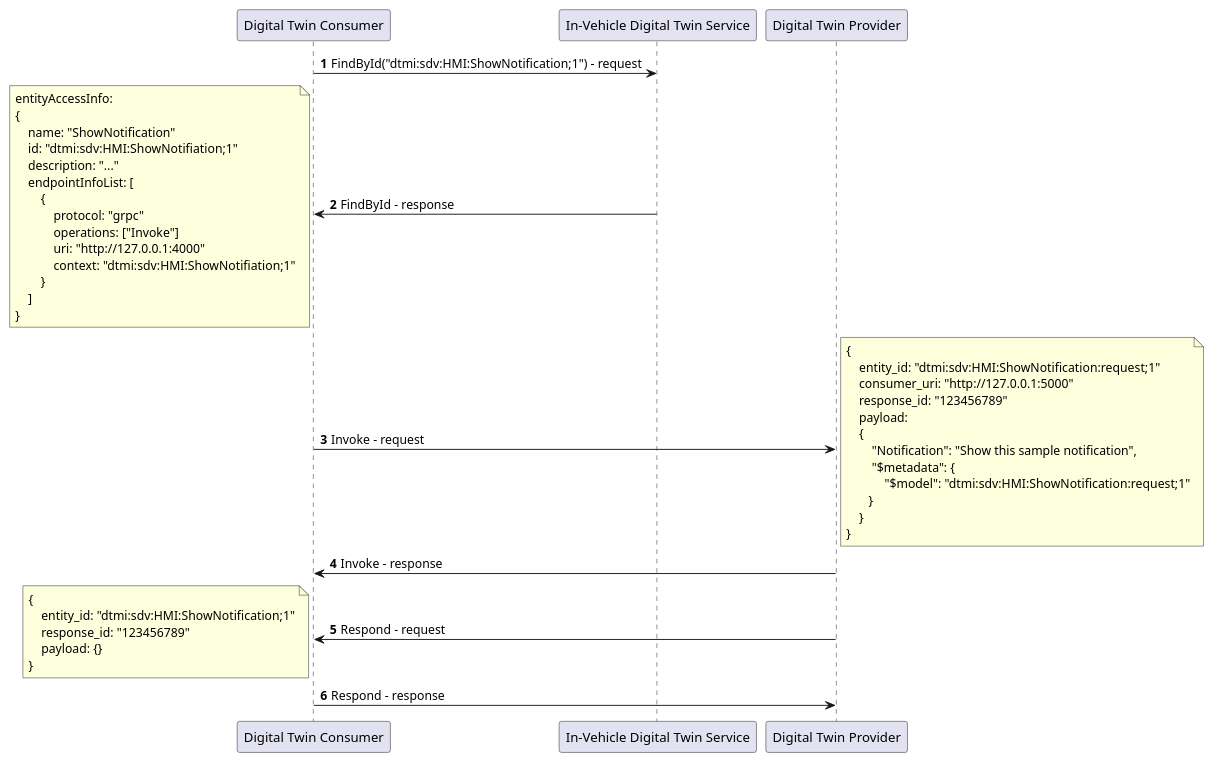
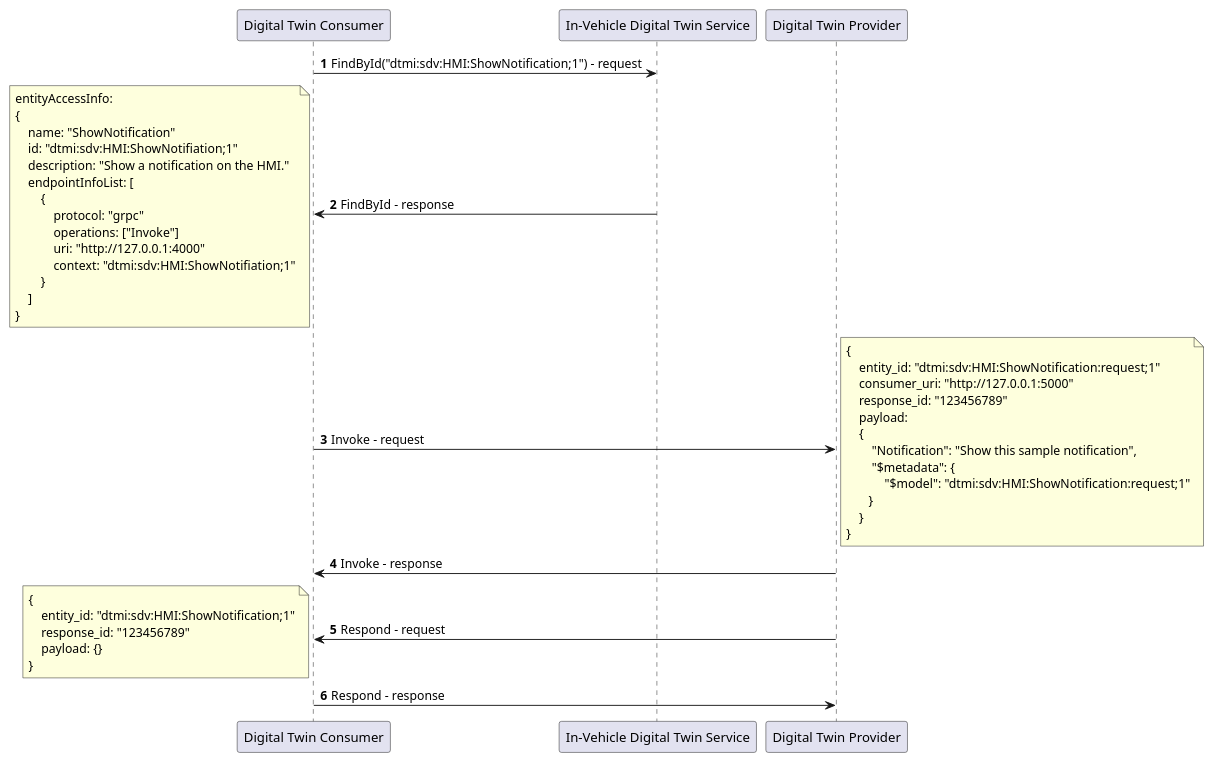
The diagram in docs/design/diagrams/invoke_sequence.puml (eclipse-ibeji/ibeji), drawn with PlantUML before and after one commit. The commit also changed 39 other files, not shown here.

```diff
--- a/docs/design/diagrams/invoke_sequence.puml
+++ b/docs/design/diagrams/invoke_sequence.puml
@@ -1,53 +1,53 @@
 @startuml
 
 autonumber
 
 "Digital Twin Consumer" -> "In-Vehicle Digital Twin Service" : FindById("dtmi:sdv:HMI:ShowNotification;1") - request
 "Digital Twin Consumer" <- "In-Vehicle Digital Twin Service" : FindById - response
 note left
 entityAccessInfo:
 {
     name: "ShowNotification"
     id: "dtmi:sdv:HMI:ShowNotifiation;1"
-    description: "..."
+    description: "Show a notification on the HMI."
     endpointInfoList: [
         {
             protocol: "grpc"
             operations: ["Invoke"]
             uri: "http://127.0.0.1:4000"
             context: "dtmi:sdv:HMI:ShowNotifiation;1"
         }
     ]
 }
 end note
 
 "Digital Twin Consumer" -> "Digital Twin Provider" : Invoke - request
 note right
 {
     entity_id: "dtmi:sdv:HMI:ShowNotification:request;1"
     consumer_uri: "http://127.0.0.1:5000"
     response_id: "123456789"
     payload:
     {
         "Notification": "Show this sample notification",
         "$metadata": {
             "$model": "dtmi:sdv:HMI:ShowNotification:request;1"
        }
     }
 }
 end note
 
 "Digital Twin Consumer" <- "Digital Twin Provider" : Invoke - response
 
 "Digital Twin Consumer" <- "Digital Twin Provider" : Respond - request
 note left
 {
     entity_id: "dtmi:sdv:HMI:ShowNotification;1"
     response_id: "123456789"
     payload: {}
 }
 end note
 
 "Digital Twin Consumer" -> "Digital Twin Provider" : Respond - response
 
 @enduml
```
